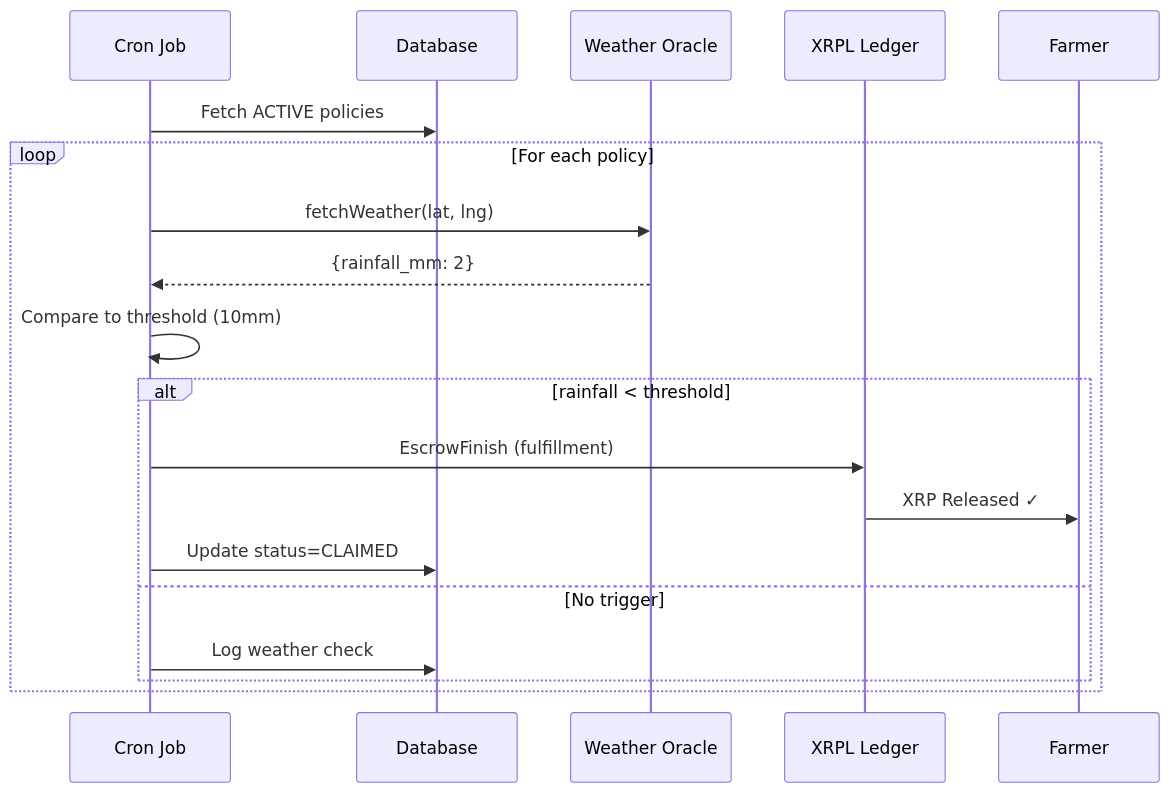
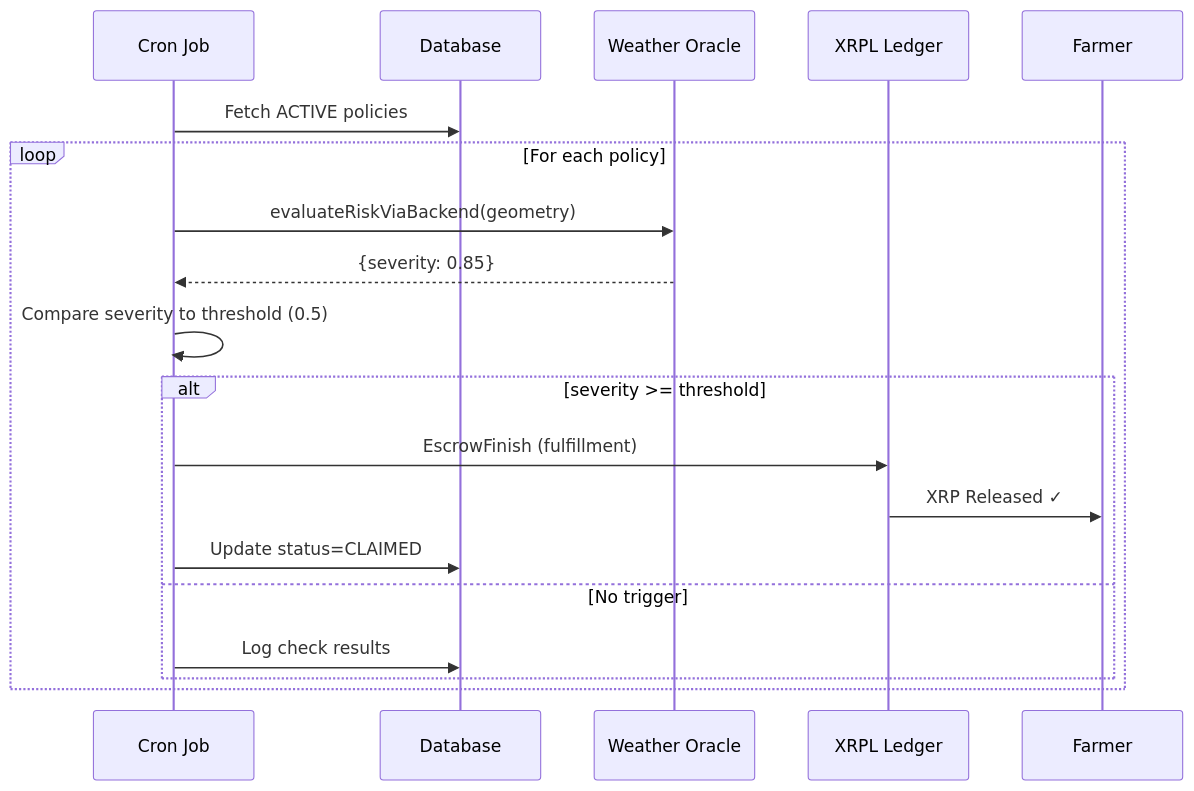
One commit to ianp-1/Canopy changed the sixth of 6 diagrams in README.md. Above: the diagram before and after it, drawn with Mermaid. The commit also changed other lines of this file and 23 other files, not shown here.

````diff
--- a/README.md
+++ b/README.md
@@ -297,22 +318,22 @@
 ```mermaid
 sequenceDiagram
     participant Cron as Cron Job
     participant DB as Database
     participant WO as Weather Oracle
     participant XRPL as XRPL Ledger
     participant Farmer
 
     Cron->>DB: Fetch ACTIVE policies
     loop For each policy
-        Cron->>WO: fetchWeather(lat, lng)
-        WO-->>Cron: {rainfall_mm: 2}
-        Cron->>Cron: Compare to threshold (10mm)
-        alt rainfall < threshold
+        Cron->>WO: evaluateRiskViaBackend(geometry)
+        WO-->>Cron: {severity: 0.85}
+        Cron->>Cron: Compare severity to threshold (0.5)
+        alt severity >= threshold
             Cron->>XRPL: EscrowFinish (fulfillment)
             XRPL->>Farmer: XRP Released ✓
             Cron->>DB: Update status=CLAIMED
         else No trigger
-            Cron->>DB: Log weather check
+            Cron->>DB: Log check results
         end
     end
 ```
````
